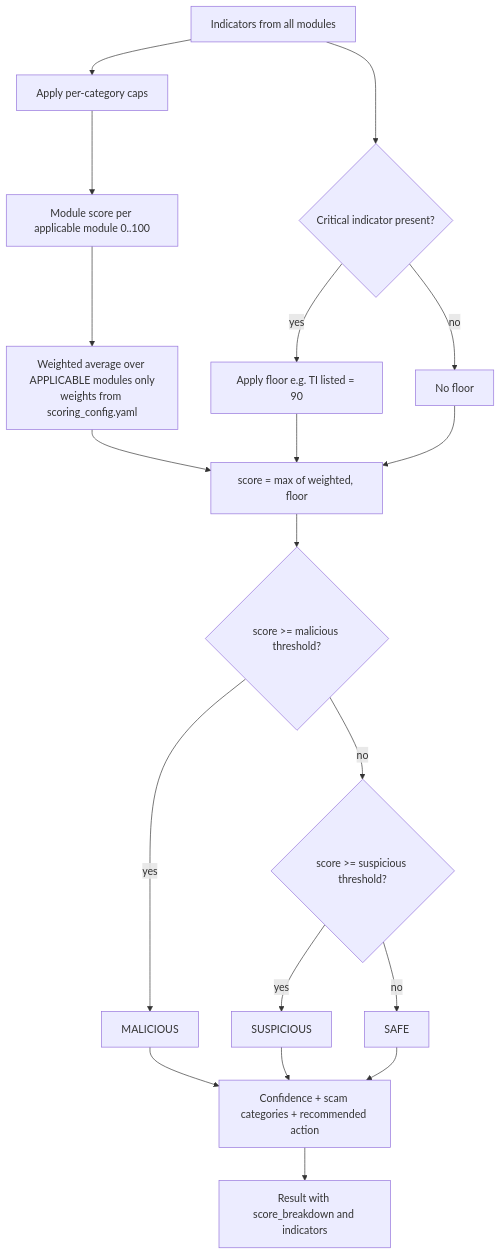
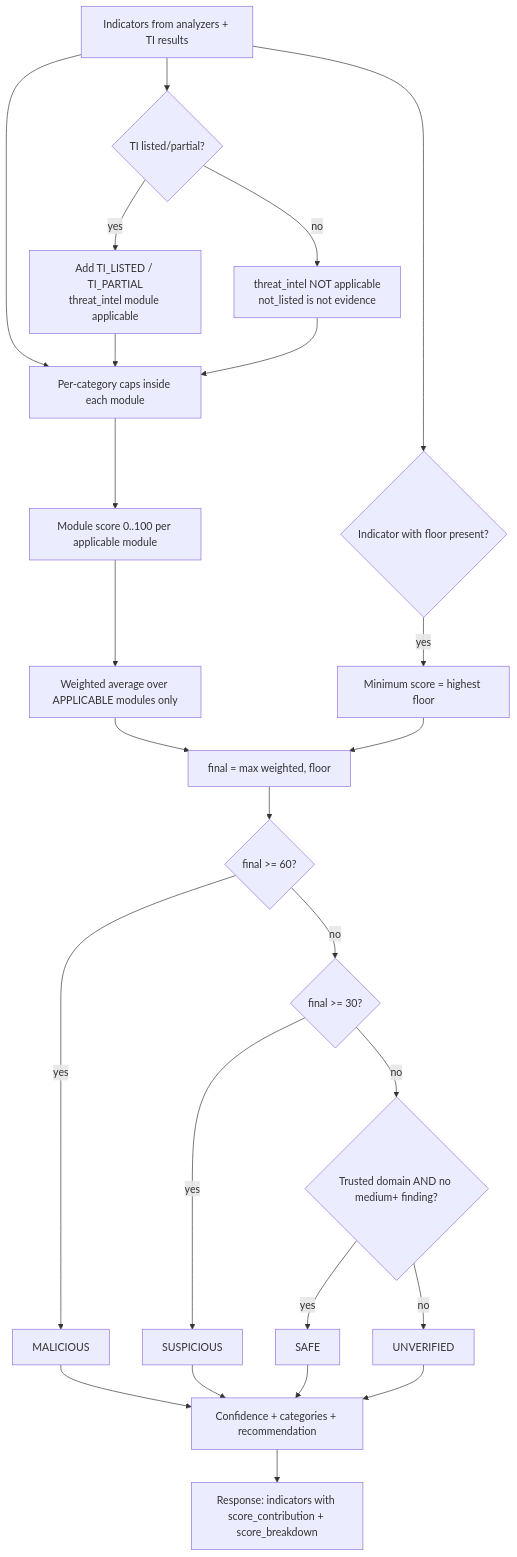
One commit to Spandan314/QRGUARD changed the diagram in docs/risk-scoring.md. Above: the diagram before and after it, drawn with Mermaid. The commit also changed other lines of this file and 42 other files, not shown here.

First line of the commit message:
feat(backend): URL analysis, SSRF-safe redirect checking and explainable risk scoring

````diff
--- a/docs/risk-scoring.md
+++ b/docs/risk-scoring.md
@@ -241,17 +250,21 @@
 ```mermaid
 flowchart TD
-  A[Indicators from all modules] --> B[Apply per-category caps]
-  B --> C[Module score per applicable module 0..100]
-  C --> D[Weighted average over APPLICABLE modules only<br/>weights from scoring_config.yaml]
-  A --> F{Critical indicator present?}
-  F -- yes --> G[Apply floor e.g. TI listed = 90]
-  F -- no --> H[No floor]
-  D & G & H --> I[score = max of weighted, floor]
-  I --> K{score >= malicious threshold?}
+  A[Indicators from analyzers + TI results] --> T{TI listed/partial?}
+  T -- yes --> TI[Add TI_LISTED / TI_PARTIAL<br/>threat_intel module applicable]
+  T -- no --> NA[threat_intel NOT applicable<br/>not_listed is not evidence]
+  A & TI & NA --> B[Per-category caps inside each module]
+  B --> C[Module score 0..100 per applicable module]
+  C --> D[Weighted average over APPLICABLE modules only]
+  A --> F{Indicator with floor present?}
+  F -- yes --> G[Minimum score = highest floor]
+  D & G --> I[final = max weighted, floor]
+  I --> K{final >= 60?}
   K -- yes --> M[MALICIOUS]
-  K -- no --> L{score >= suspicious threshold?}
+  K -- no --> L{final >= 30?}
   L -- yes --> S[SUSPICIOUS]
-  L -- no --> SA[SAFE]
-  M & S & SA --> CF[Confidence + scam categories + recommended action]
-  CF --> OUT[Result with score_breakdown and indicators]
+  L -- no --> V{Trusted domain AND no medium+ finding?}
+  V -- yes --> SA[SAFE]
+  V -- no --> UV[UNVERIFIED]
+  M & S & SA & UV --> CF[Confidence + categories + recommendation]
+  CF --> OUT[Response: indicators with score_contribution + score_breakdown]
 ```
````
